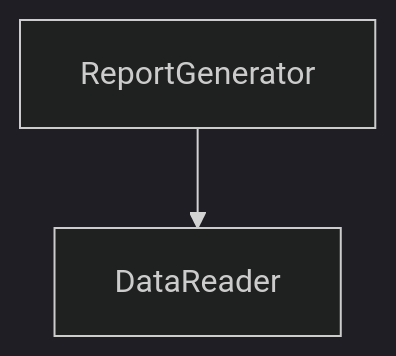
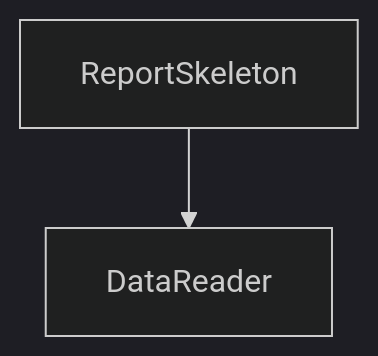
The second of 9 diagrams in kindle/design-patterns/output/chapter11.md (kumachan1101-pixel/DesignPattern), drawn with Mermaid (dark theme) before and after one commit. The commit also changed other lines of this file, not shown here.

````diff
--- a/kindle/design-patterns/output/chapter11.md
+++ b/kindle/design-patterns/output/chapter11.md
@@ -100,5 +100,5 @@
 ```mermaid
 graph TD
-    ReportGenerator --> DataReader
+    ReportSkeleton --> DataReader
 
 ```
````
